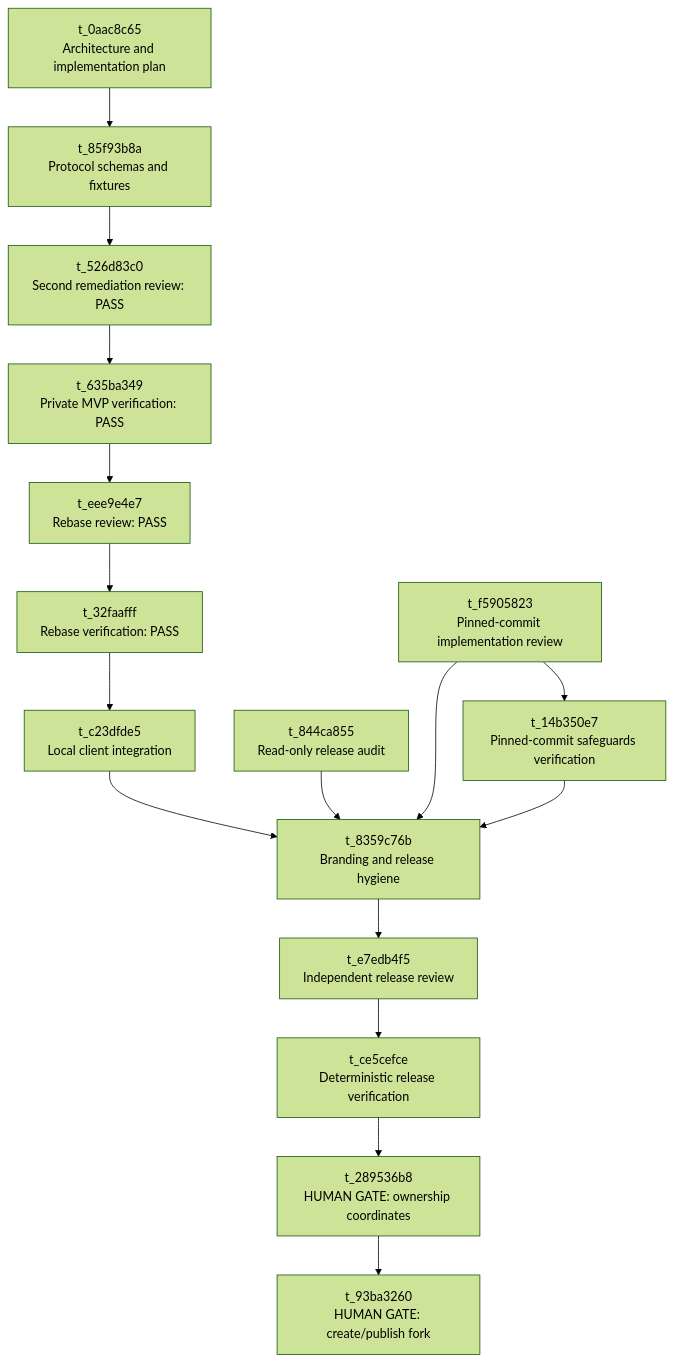
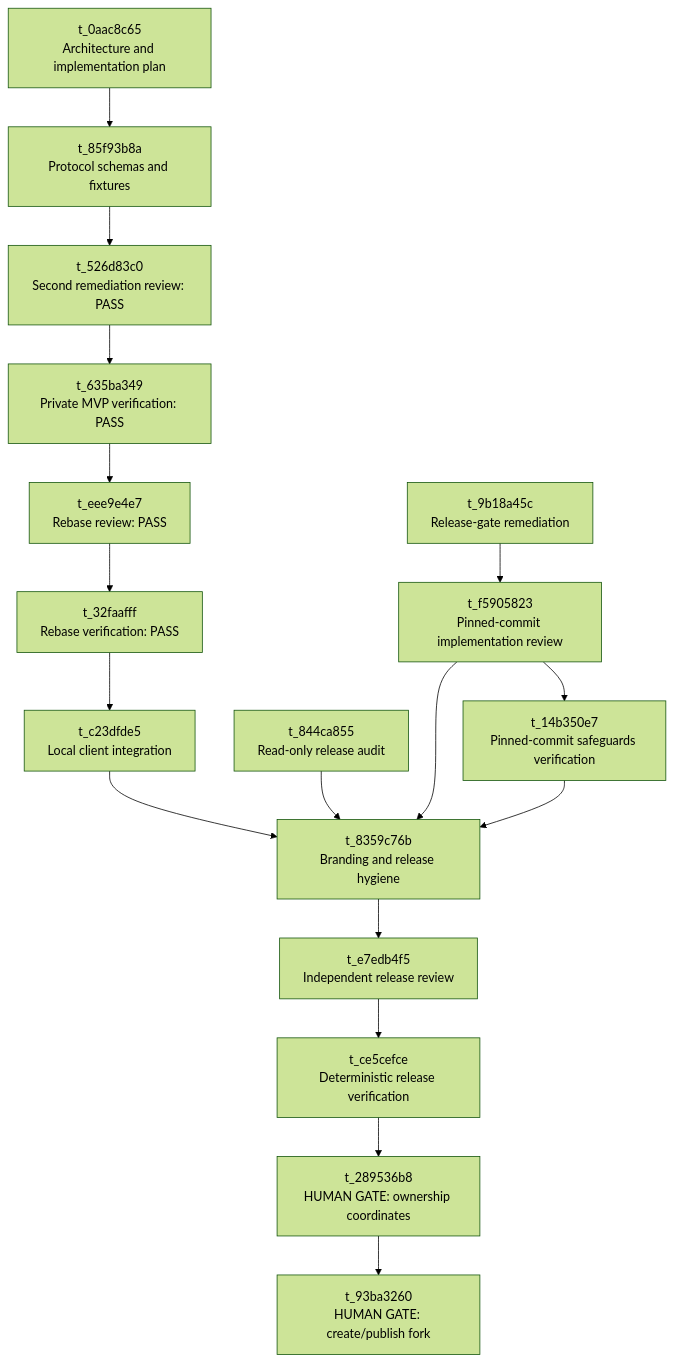
The diagram in docs/workstreams.md (l4l4l4l4/barebuh), drawn with Mermaid (forest theme) before and after one commit. The commit also changed other lines of this file, not shown here.

Commit message:
Docs: correct release gate traceability

````diff
--- a/docs/workstreams.md
+++ b/docs/workstreams.md
@@ -7,34 +7,36 @@
 ```mermaid
 flowchart TD
   A["t_0aac8c65<br/>Architecture and implementation plan"]
   P["t_85f93b8a<br/>Protocol schemas and fixtures"]
   R2["t_526d83c0<br/>Second remediation review: PASS"]
   V0["t_635ba349<br/>Private MVP verification: PASS"]
   RR["t_eee9e4e7<br/>Rebase review: PASS"]
   RV["t_32faafff<br/>Rebase verification: PASS"]
   I["t_c23dfde5<br/>Local client integration"]
   A1["t_844ca855<br/>Read-only release audit"]
+  F["t_9b18a45c<br/>Release-gate remediation"]
   PR["t_f5905823<br/>Pinned-commit implementation review"]
   PV["t_14b350e7<br/>Pinned-commit safeguards verification"]
   H["t_8359c76b<br/>Branding and release hygiene"]
   R["t_e7edb4f5<br/>Independent release review"]
   V["t_ce5cefce<br/>Deterministic release verification"]
   O["t_289536b8<br/>HUMAN GATE: ownership coordinates"]
   X["t_93ba3260<br/>HUMAN GATE: create/publish fork"]
 
   A --> P
   P --> R2
   R2 --> V0
   V0 --> RR
   RR --> RV
   RV --> I
   I --> H
   A1 --> H
+  F --> PR
   PR --> PV
   PR --> H
   PV --> H
   H --> R
   R --> V
   V --> O
   O --> X
 ```
````
